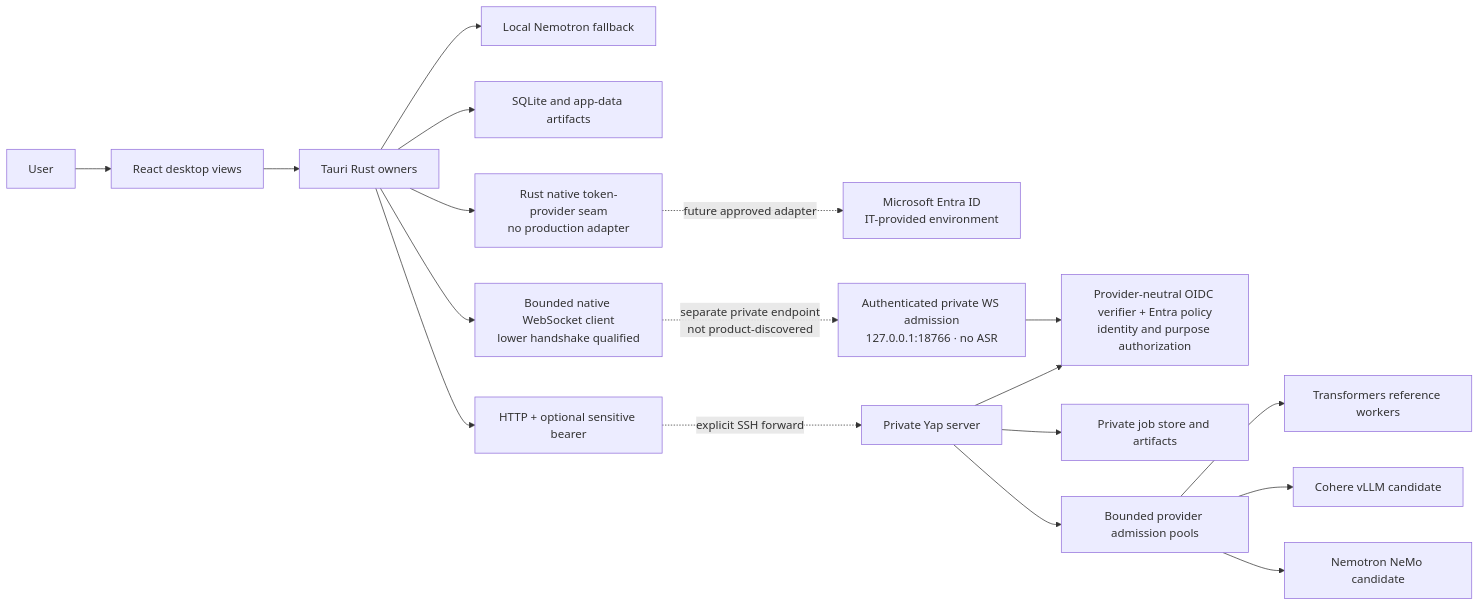
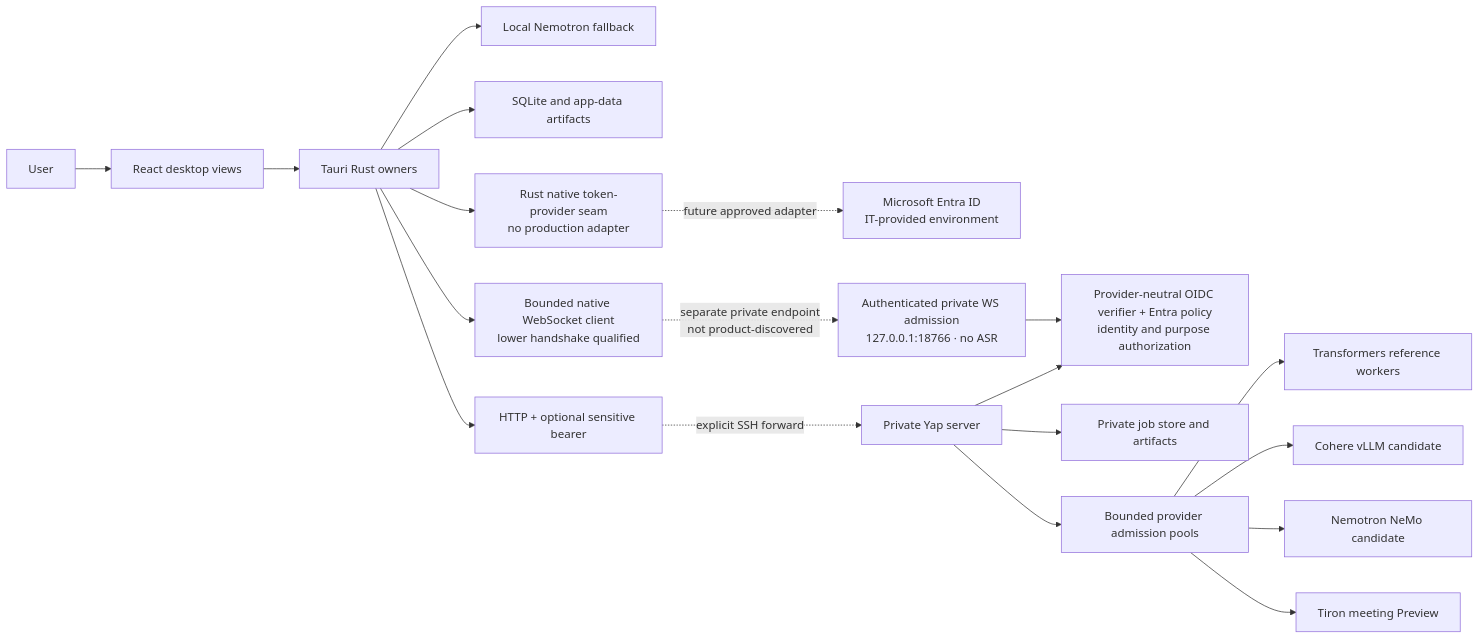
One commit to ZoOtMcNoOt/yap changed the diagram in docs/architecture/CURRENT-ARCHITECTURE.md. Above: the diagram before and after it, drawn with Mermaid. The commit also changed other lines of this file and 203 other files, not shown here.

````diff
--- a/docs/architecture/CURRENT-ARCHITECTURE.md
+++ b/docs/architecture/CURRENT-ARCHITECTURE.md
@@ -43,20 +51,21 @@
 ```mermaid
 flowchart LR
   User["User"] --> UI["React desktop views"]
   UI --> Native["Tauri Rust owners"]
   Native --> Local["Local Nemotron fallback"]
   Native --> DB["SQLite and app-data artifacts"]
   Native --> Identity["Rust native token-provider seam\nno production adapter"]
   Identity -. "future approved adapter" .-> Entra["Microsoft Entra ID\nIT-provided environment"]
   Native --> Loopback["HTTP + optional sensitive bearer"]
   Loopback -. "explicit SSH forward" .-> Server["Private Yap server"]
   Native --> LiveClient["Bounded native WebSocket client\nlower handshake qualified"]
   LiveClient -. "separate private endpoint\nnot product-discovered" .-> Live["Authenticated private WS admission\n127.0.0.1:18766 · no ASR"]
   Server --> Auth["Provider-neutral OIDC verifier + Entra policy\nidentity and purpose authorization"]
   Live --> Auth
   Server --> Store["Private job store and artifacts"]
   Server --> Pool["Bounded provider admission pools"]
   Pool --> Reference["Transformers reference workers"]
   Pool --> Cohere["Cohere vLLM candidate"]
   Pool --> NeMo["Nemotron NeMo candidate"]
+  Pool --> Tiron["Tiron meeting Preview"]
 ```
````
